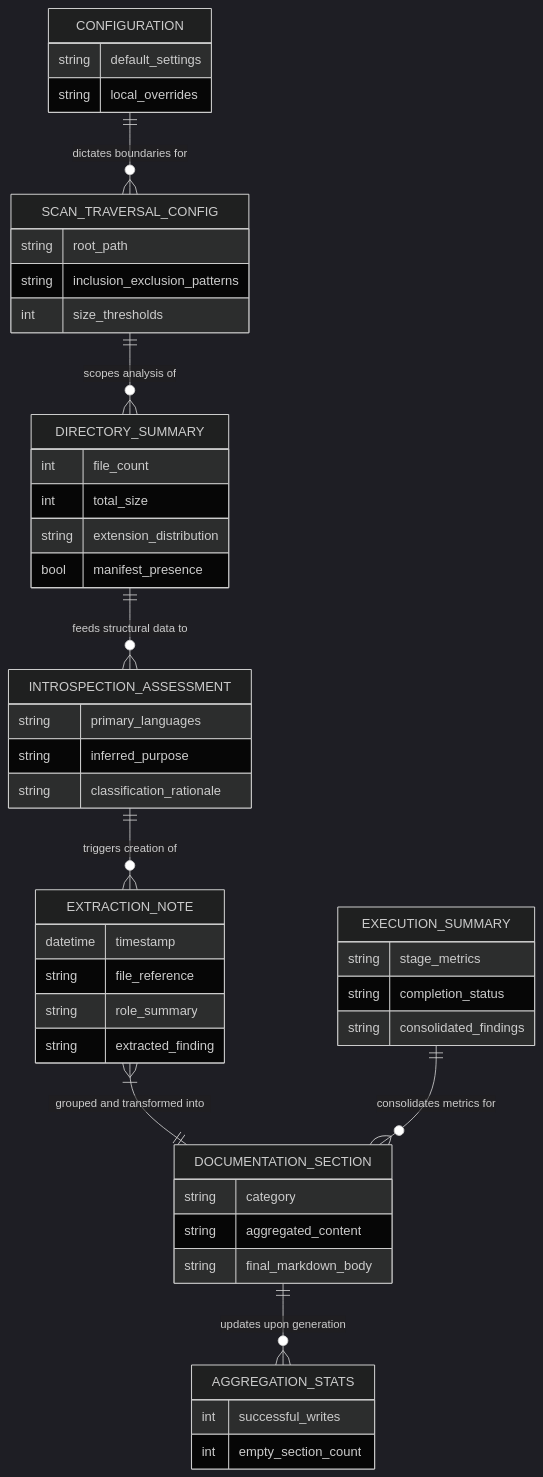
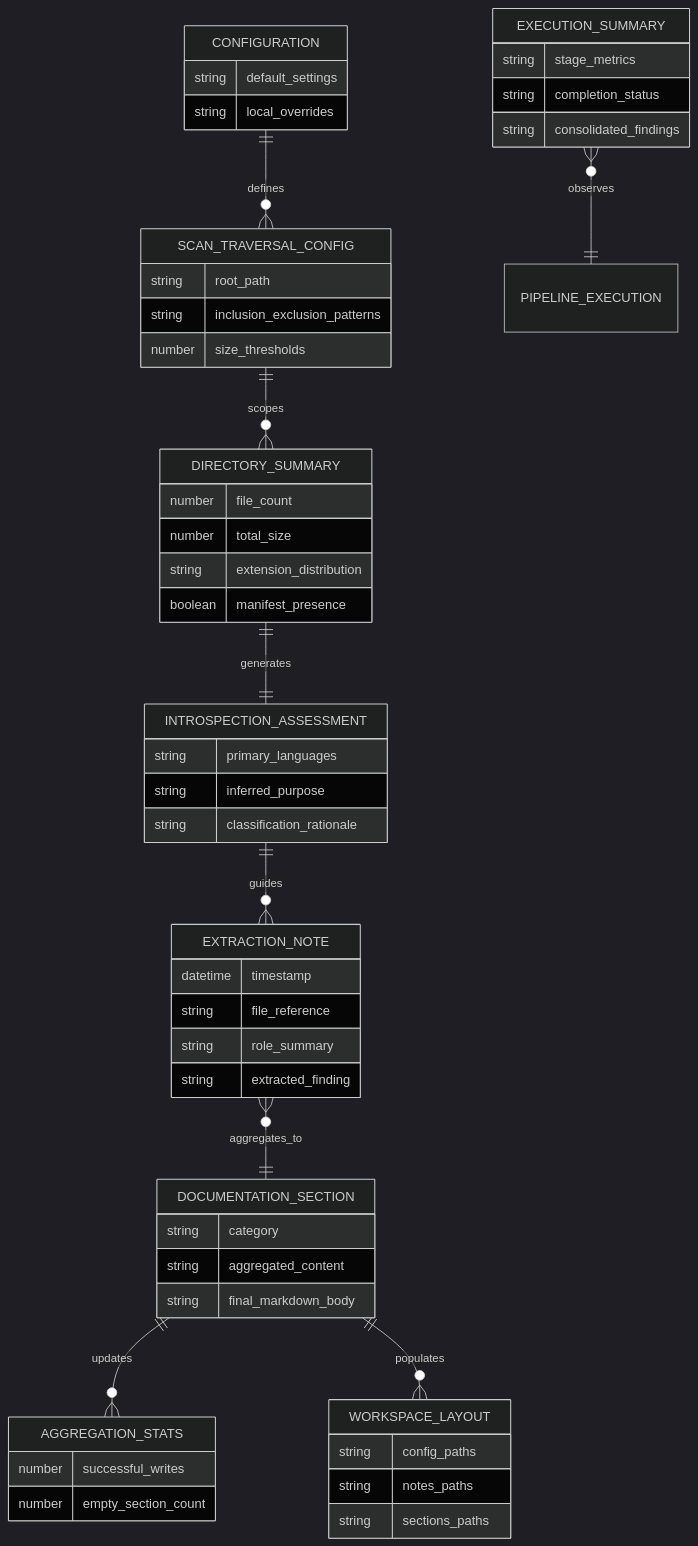
Before and after one commit to codeninja/wikifi: the second of 3 diagrams in .wikifi/diagrams.md, drawn with Mermaid (dark theme). The commit also changed other lines of this file and 9 other files, not shown here.

````diff
--- a/.wikifi/diagrams.md
+++ b/.wikifi/diagrams.md
@@ -33,51 +31,57 @@
 ```mermaid
 erDiagram
+    CONFIGURATION ||--o{ SCAN_TRAVERSAL_CONFIG : "defines"
+    SCAN_TRAVERSAL_CONFIG ||--o{ DIRECTORY_SUMMARY : "scopes"
+    DIRECTORY_SUMMARY ||--|| INTROSPECTION_ASSESSMENT : "generates"
+    INTROSPECTION_ASSESSMENT ||--o{ EXTRACTION_NOTE : "guides"
+    EXTRACTION_NOTE }o--|| DOCUMENTATION_SECTION : "aggregates_to"
+    DOCUMENTATION_SECTION ||--o{ AGGREGATION_STATS : "updates"
+    DOCUMENTATION_SECTION ||--o{ WORKSPACE_LAYOUT : "populates"
+    EXECUTION_SUMMARY }o--|| PIPELINE_EXECUTION : "observes"
+
     CONFIGURATION {
         string default_settings
         string local_overrides
     }
     SCAN_TRAVERSAL_CONFIG {
         string root_path
         string inclusion_exclusion_patterns
-        int size_thresholds
+        number size_thresholds
     }
     DIRECTORY_SUMMARY {
-        int file_count
-        int total_size
+        number file_count
+        number total_size
         string extension_distribution
-        bool manifest_presence
+        boolean manifest_presence
     }
     INTROSPECTION_ASSESSMENT {
         string primary_languages
         string inferred_purpose
         string classification_rationale
     }
     EXTRACTION_NOTE {
         datetime timestamp
         string file_reference
         string role_summary
         string extracted_finding
     }
     DOCUMENTATION_SECTION {
         string category
         string aggregated_content
         string final_markdown_body
     }
     AGGREGATION_STATS {
-        int successful_writes
-        int empty_section_count
+        number successful_writes
+        number empty_section_count
+    }
+    WORKSPACE_LAYOUT {
+        string config_paths
+        string notes_paths
+        string sections_paths
     }
     EXECUTION_SUMMARY {
         string stage_metrics
         string completion_status
         string consolidated_findings
     }
-
-    CONFIGURATION ||--o{ SCAN_TRAVERSAL_CONFIG : "dictates boundaries for"
-    SCAN_TRAVERSAL_CONFIG ||--o{ DIRECTORY_SUMMARY : "scopes analysis of"
-    DIRECTORY_SUMMARY ||--o{ INTROSPECTION_ASSESSMENT : "feeds structural data to"
-    INTROSPECTION_ASSESSMENT ||--o{ EXTRACTION_NOTE : "triggers creation of"
-    EXTRACTION_NOTE }|--|| DOCUMENTATION_SECTION : "grouped and transformed into"
-    DOCUMENTATION_SECTION ||--o{ AGGREGATION_STATS : "updates upon generation"
-    EXECUTION_SUMMARY ||--o{ DOCUMENTATION_SECTION : "consolidates metrics for"
 ```
````
